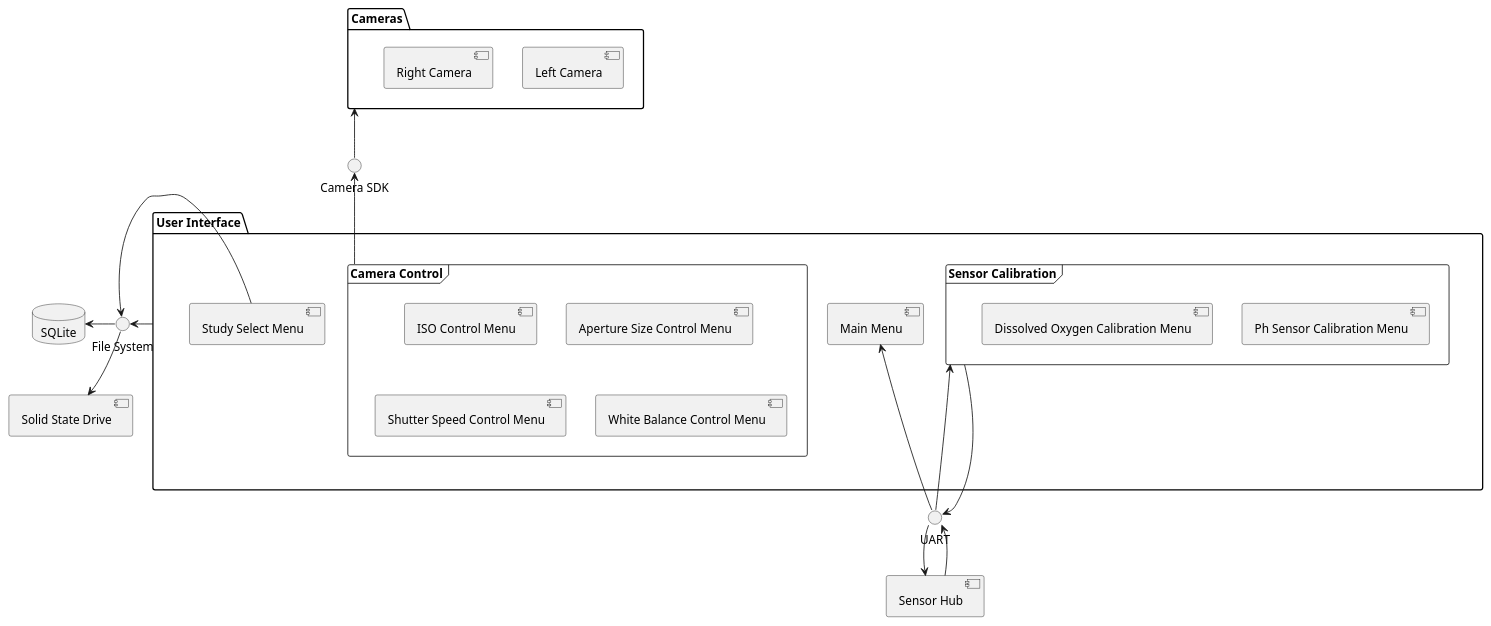
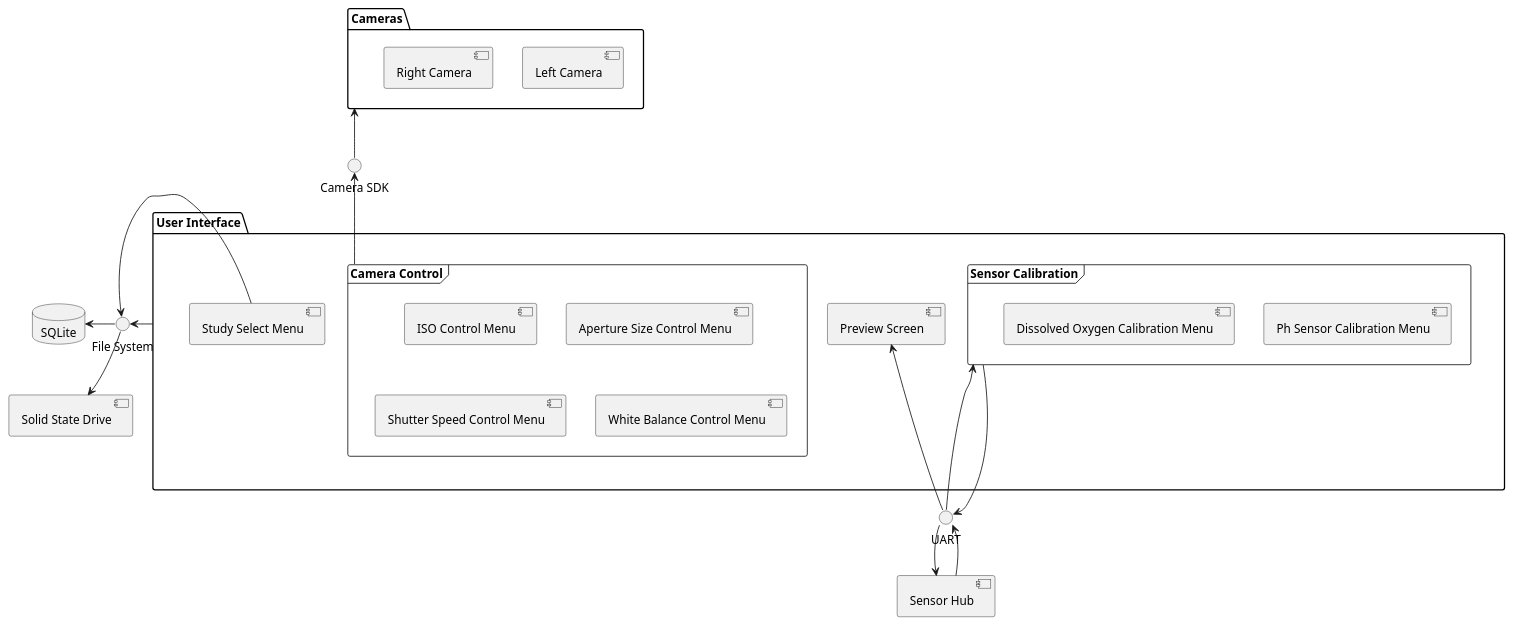
One commit to fabiomatos999/M.O.S.I.S changed the diagram in Progress_Report_Document/Appendix/System_Architecture_and_Interfaces/Software_Architecture/Figures/system_architecture.pu. Above: the diagram before and after it, drawn with PlantUML. The commit also changed 6 other files, not shown here.

Commit message:
Remove all mention of main menu using preview screen instead

```diff
--- a/Progress_Report_Document/Appendix/System_Architecture_and_Interfaces/Software_Architecture/Figures/system_architecture.pu
+++ b/Progress_Report_Document/Appendix/System_Architecture_and_Interfaces/Software_Architecture/Figures/system_architecture.pu
@@ -1,39 +1,39 @@
 @startuml
 database "SQLite" {
 }
 package "User Interface" {
-	[Main Menu]
+	[Preview Screen]
 	[Study Select Menu]
 	frame "Camera Control" {
 		        [ISO Control Menu]
 		        [Aperture Size Control Menu]
 		        [Shutter Speed Control Menu]
 		        [White Balance Control Menu]
 		}
 		frame "Sensor Calibration" {
 			[Ph Sensor Calibration Menu]
 			[Dissolved Oxygen Calibration Menu]
 			
 		}
 }
 package "Cameras" {
 	[Left Camera]
 	[Right Camera]	
 }
 [Sensor Hub]
 [Solid State Drive]
 interface "File System"
 interface "Camera SDK"
 interface "UART"
 "Camera Control" -up-> "Camera SDK"
 "Camera SDK" -up-> "Cameras"
-"Main Menu" <-down-- "UART"
+"Preview Screen" <-down-- "UART"
 "Sensor Calibration" --down-> "UART"
 "UART" -down-> "Sensor Hub"
 "Sensor Hub" -down-> "UART"
 "UART" --> "Sensor Calibration"
 "User Interface" --left-> "File System"
 "File System" -down-> "Solid State Drive"
 "File System" -left-> "SQLite"
 "Study Select Menu" -down-> "File System"
 @enduml
```
